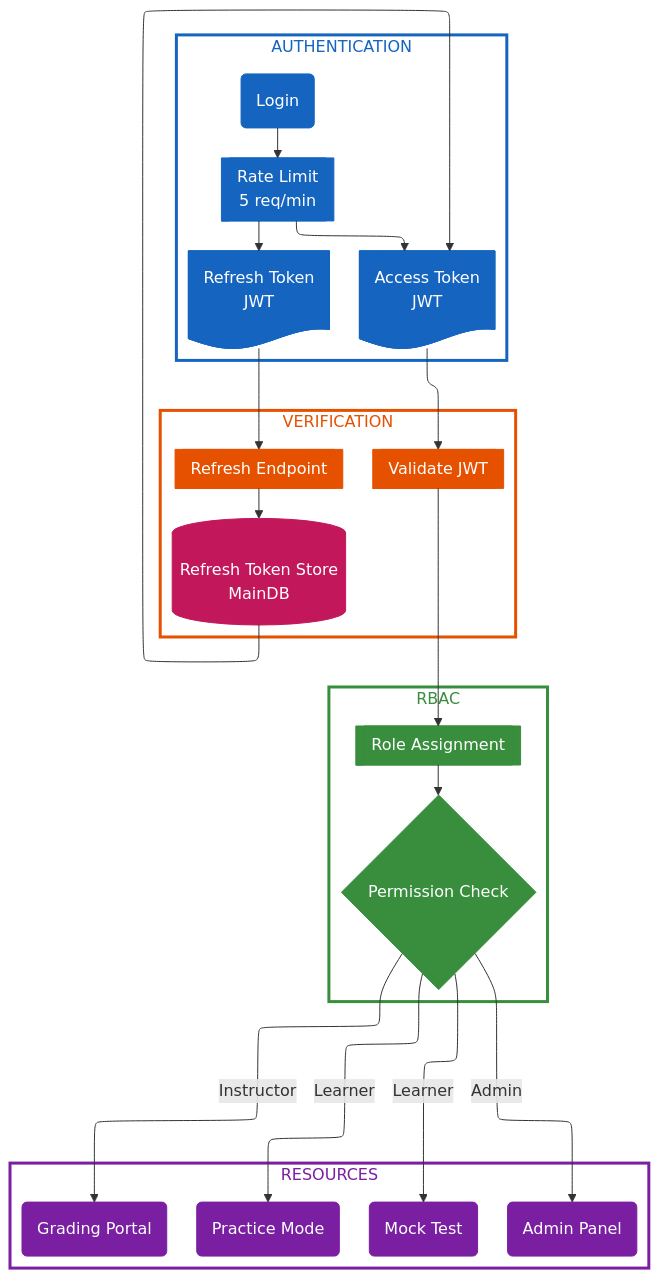
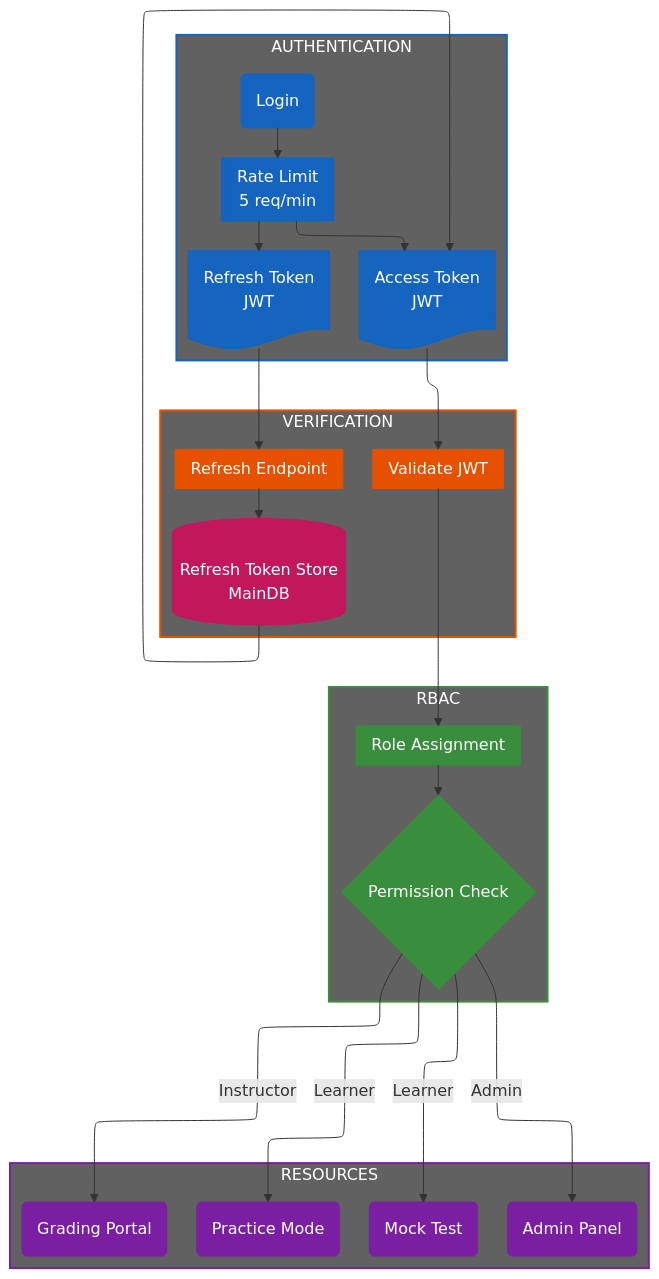
Diagram 11 of 12 in docs/capstone/diagrams/flow-diagrams.vi.md (nghyane/VSTEP), drawn with Mermaid before and after one commit. The commit also changed other lines of this file, not shown here.

````diff
--- a/docs/capstone/diagrams/flow-diagrams.vi.md
+++ b/docs/capstone/diagrams/flow-diagrams.vi.md
@@ -754,65 +754,65 @@
 ```mermaid
 ---
 config:
   layout: elk
 ---
 flowchart TB
     subgraph Auth["AUTHENTICATION"]
         Login@{ shape: rounded, label: "Login" }
         Rate@{ shape: fr-rect, label: "Rate Limit\n5 req/min" }
         Access@{ shape: doc, label: "Access Token\nJWT" }
         Refresh@{ shape: doc, label: "Refresh Token\nJWT" }
     end
 
     subgraph Verify["VERIFICATION"]
         Validate@{ shape: fr-rect, label: "Validate JWT" }
         RefreshEp@{ shape: fr-rect, label: "Refresh Endpoint" }
         Store@{ shape: cyl, label: "Refresh Token Store\nMainDB" }
     end
 
     subgraph RBAC["RBAC"]
         Roles@{ shape: fr-rect, label: "Role Assignment" }
         Check@{ shape: diam, label: "Permission Check" }
     end
 
     subgraph Resources["RESOURCES"]
         direction LR
         Practice@{ shape: rounded, label: "Practice Mode" }
         Mock@{ shape: rounded, label: "Mock Test" }
         Grading@{ shape: rounded, label: "Grading Portal" }
         Admin@{ shape: rounded, label: "Admin Panel" }
     end
 
     Login --> Rate --> Access & Refresh
     Access --> Validate
     Refresh --> RefreshEp --> Store --> Access
     
     Validate --> Roles --> Check
     Check -->|"Learner"| Practice & Mock
     Check -->|"Instructor"| Grading
     Check -->|"Admin"| Admin
 
     %% Nodes
     classDef auth fill:#1565c0,stroke:#1565c0,color:#fff
     classDef verify fill:#e65100,stroke:#e65100,color:#fff
     classDef rbac fill:#388e3c,stroke:#388e3c,color:#fff
     classDef resources fill:#7b1fa2,stroke:#7b1fa2,color:#fff
     classDef data fill:#c2185b,stroke:#c2185b,color:#fff
 
     %% Boxes
-    classDef authBox fill:none,stroke:#1565c0,stroke-width:3px,color:#1565c0
-    classDef verifyBox fill:none,stroke:#e65100,stroke-width:3px,color:#e65100
-    classDef rbacBox fill:none,stroke:#388e3c,stroke-width:3px,color:#388e3c
-    classDef resourcesBox fill:none,stroke:#7b1fa2,stroke-width:3px,color:#7b1fa2
+    classDef authBox fill:#616161,stroke:#1565c0,stroke-width:2px,color:#fff
+    classDef verifyBox fill:#616161,stroke:#e65100,stroke-width:2px,color:#fff
+    classDef rbacBox fill:#616161,stroke:#388e3c,stroke-width:2px,color:#fff
+    classDef resourcesBox fill:#616161,stroke:#7b1fa2,stroke-width:2px,color:#fff
 
     class Auth authBox
     class Verify verifyBox
     class RBAC rbacBox
     class Resources resourcesBox
 
     class Login,Rate,Access,Refresh auth
     class Validate,RefreshEp verify
     class Roles,Check rbac
     class Practice,Mock,Grading,Admin resources
     class Store data
 ```
````
